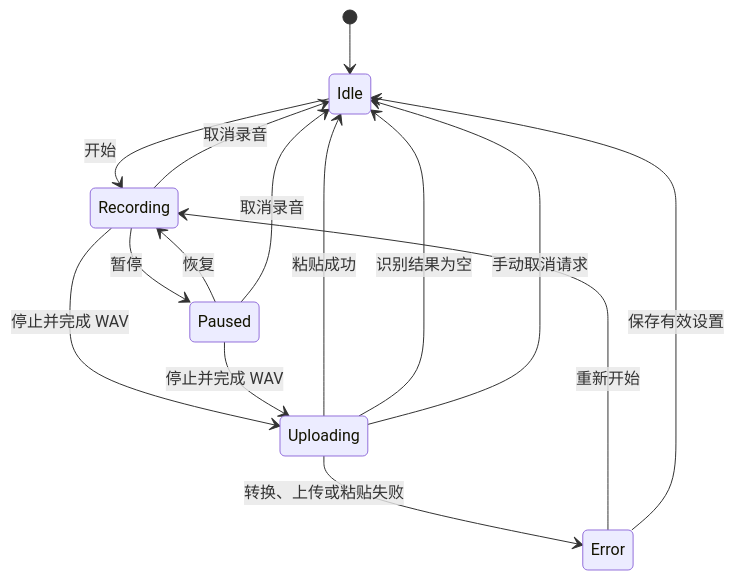
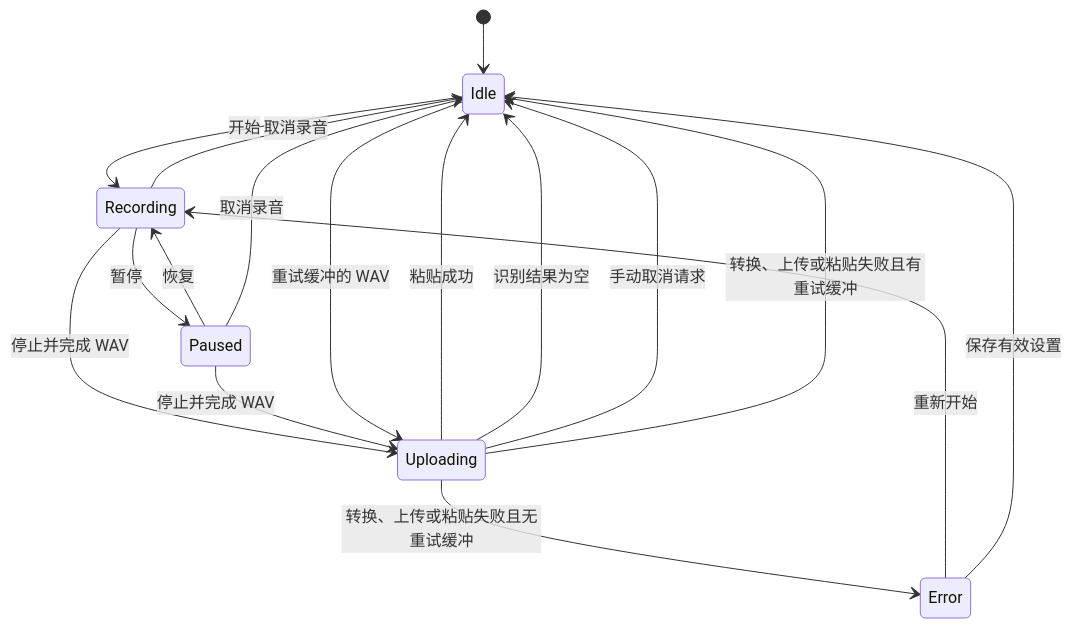
One commit to Joey-Kot/STT-for-Windows changed the third of 3 diagrams in README_ZH.md. Above: the diagram before and after it, drawn with Mermaid. The commit also changed other lines of this file and 5 other files, not shown here.

````diff
--- a/README_ZH.md
+++ b/README_ZH.md
@@ -147,23 +158,26 @@
 ```mermaid
 stateDiagram-v2
     [*] --> Idle
 
     Idle --> Recording: 开始
     Error --> Recording: 重新开始
 
     Recording --> Paused: 暂停
     Paused --> Recording: 恢复
 
     Recording --> Uploading: 停止并完成 WAV
     Paused --> Uploading: 停止并完成 WAV
 
+    Idle --> Uploading: 重试缓冲的 WAV
+
     Recording --> Idle: 取消录音
     Paused --> Idle: 取消录音
 
     Uploading --> Idle: 粘贴成功
     Uploading --> Idle: 识别结果为空
     Uploading --> Idle: 手动取消请求
-    Uploading --> Error: 转换、上传或粘贴失败
+    Uploading --> Idle: 转换、上传或粘贴失败且有重试缓冲
+    Uploading --> Error: 转换、上传或粘贴失败且无重试缓冲
 
     Error --> Idle: 保存有效设置
 ```
````
